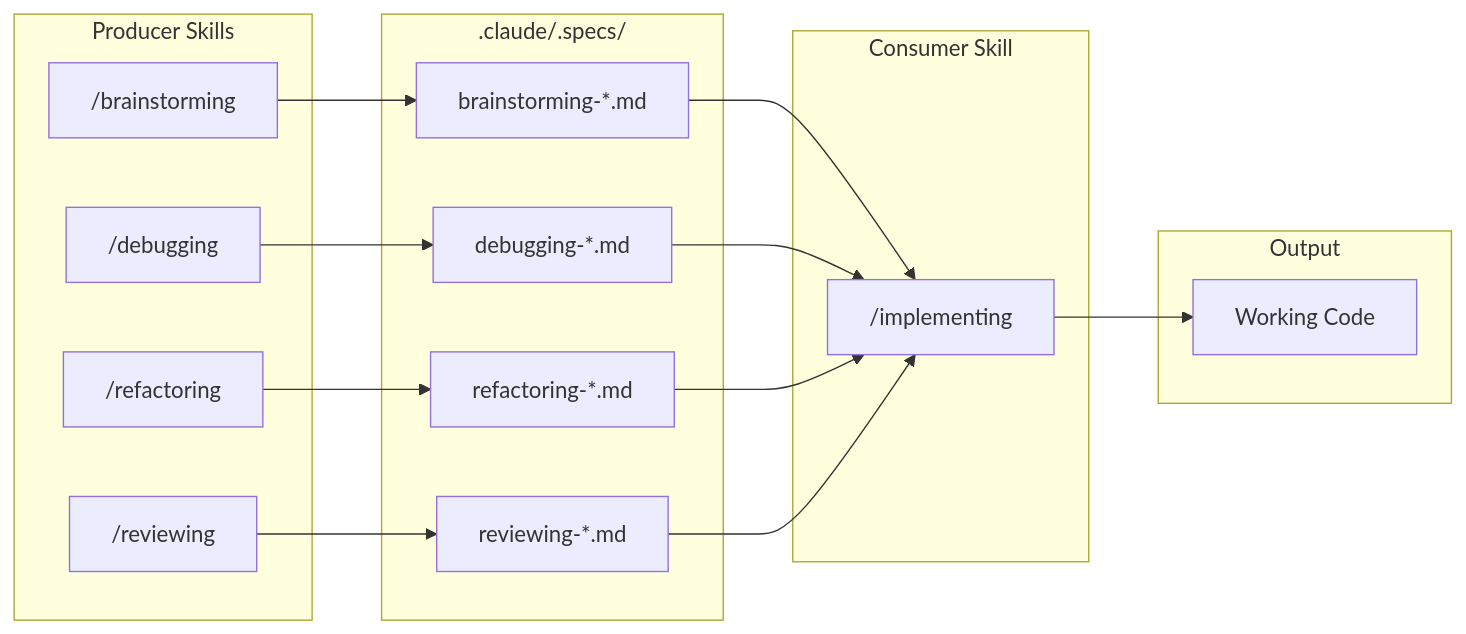
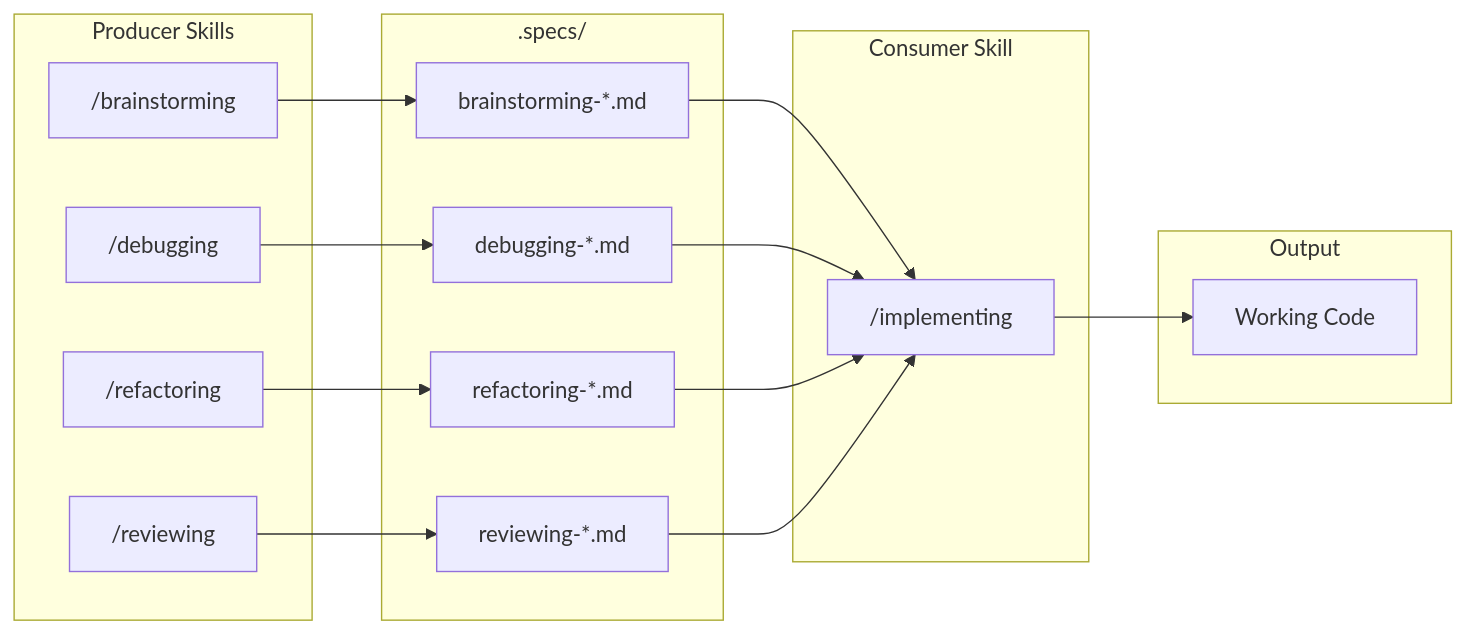
Before and after one commit to tohainam/ltvai-kit: the first of 3 diagrams in README.md, drawn with Mermaid. The commit also changed other lines of this file, not shown here.

Commit message:
docs: Adjust `.specs` directory paths in README from `.claude/.specs/` to `.specs/`.

````diff
--- a/README.md
+++ b/README.md
@@ -9,36 +9,36 @@
 ```mermaid
 flowchart LR
     subgraph Producers["Producer Skills"]
         B["/brainstorming"]
         D["/debugging"]
         RF["/refactoring"]
         RV["/reviewing"]
     end
 
-    subgraph Specs[".claude/.specs/"]
+    subgraph Specs[".specs/"]
         S1["brainstorming-*.md"]
         S2["debugging-*.md"]
         S3["refactoring-*.md"]
         S4["reviewing-*.md"]
     end
 
     subgraph Consumer["Consumer Skill"]
         I["/implementing"]
     end
 
     subgraph Output["Output"]
         C["Working Code"]
     end
 
     B --> S1
     D --> S2
     RF --> S3
     RV --> S4
 
     S1 --> I
     S2 --> I
     S3 --> I
     S4 --> I
 
     I --> C
 ```
````
